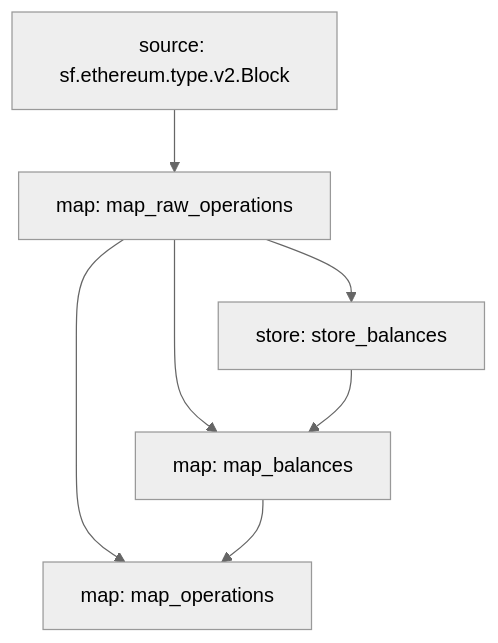
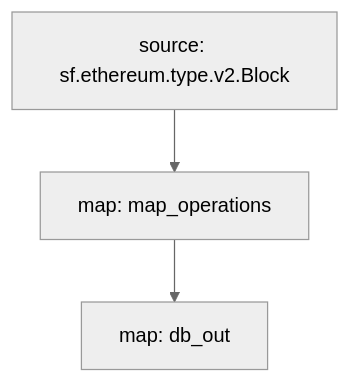
The diagram in README.md (pinax-network/substreams-inscriptions), drawn with Mermaid (neutral theme) before and after one commit. The commit also changed other lines of this file, not shown here.

````diff
--- a/README.md
+++ b/README.md
@@ -25,13 +25,7 @@
 ```mermaid
 graph TD;
-  map_raw_operations[map: map_raw_operations];
-  sf.ethereum.type.v2.Block[source: sf.ethereum.type.v2.Block] --> map_raw_operations;
-  map_balances[map: map_balances];
-  map_raw_operations --> map_balances;
-  store_balances --> map_balances;
   map_operations[map: map_operations];
-  map_raw_operations --> map_operations;
-  map_balances --> map_operations;
-  store_balances[store: store_balances];
-  map_raw_operations --> store_balances;
+  sf.ethereum.type.v2.Block[source: sf.ethereum.type.v2.Block] --> map_operations;
+  db_out[map: db_out];
+  map_operations --> db_out;
 ```
````
